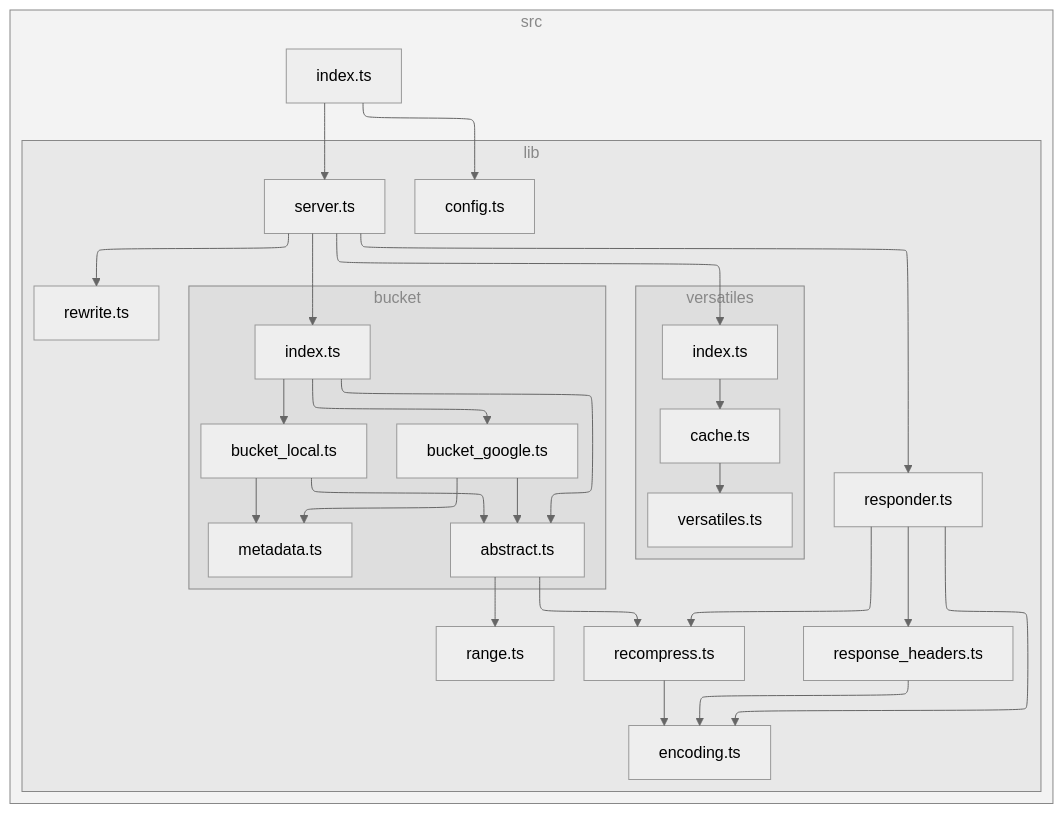
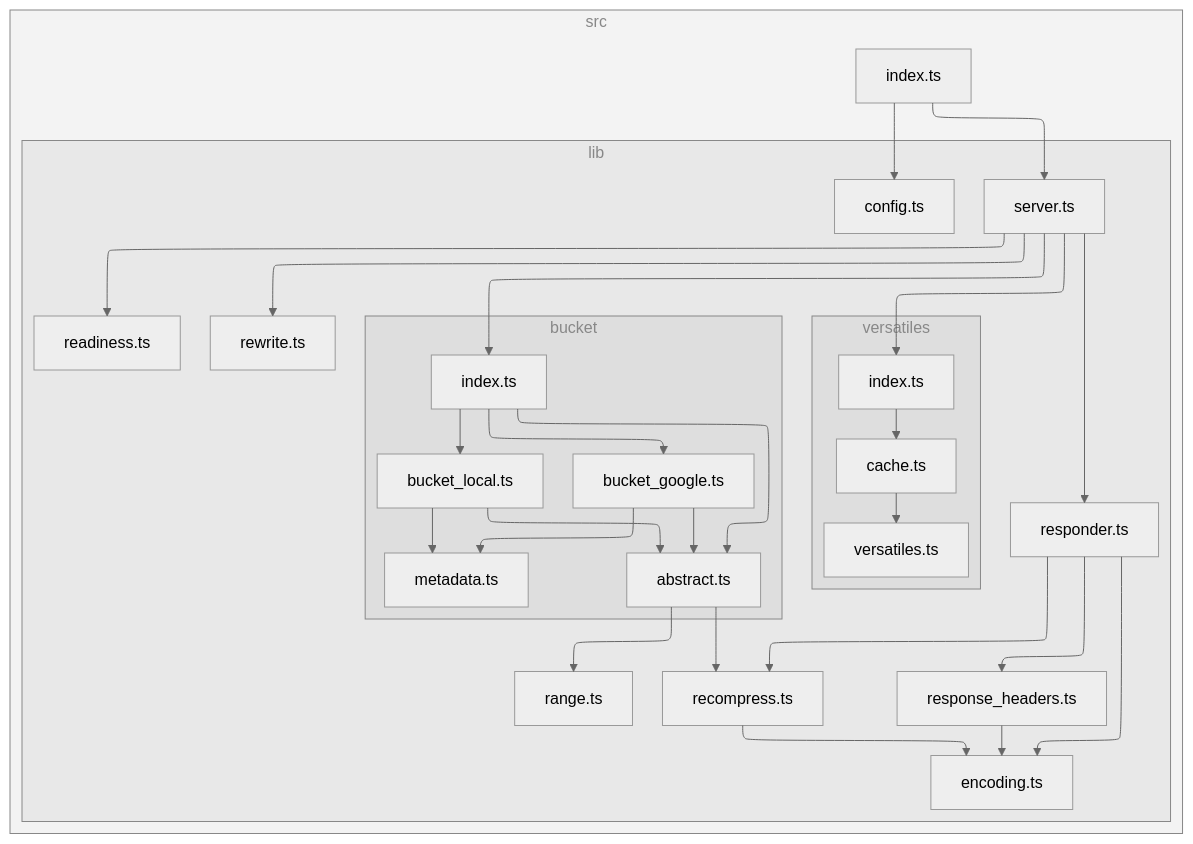
Before and after one commit to versatiles-org/node-versatiles-google-cloud: the diagram in README.md, drawn with Mermaid (neutral theme). The commit also changed 2 other files, not shown here.

Commit message:
feat: add readiness check endpoint to server and implement ReadinessCheck class

````diff
--- a/README.md
+++ b/README.md
@@ -361,58 +361,60 @@
 ```mermaid
 ---
 config:
   layout: elk
 ---
 flowchart TB
 
 subgraph 0["src"]
 1["index.ts"]
 subgraph 2["lib"]
 3["config.ts"]
 4["server.ts"]
 subgraph 5["bucket"]
 6["index.ts"]
 7["abstract.ts"]
 B["bucket_google.ts"]
 C["metadata.ts"]
 D["bucket_local.ts"]
 end
 8["range.ts"]
 9["recompress.ts"]
 A["encoding.ts"]
-E["responder.ts"]
-F["response_headers.ts"]
-G["rewrite.ts"]
-subgraph H["versatiles"]
-I["index.ts"]
-J["cache.ts"]
-K["versatiles.ts"]
+E["readiness.ts"]
+F["responder.ts"]
+G["response_headers.ts"]
+H["rewrite.ts"]
+subgraph I["versatiles"]
+J["index.ts"]
+K["cache.ts"]
+L["versatiles.ts"]
 end
 end
 end
 1-->3
 1-->4
 4-->6
 4-->E
-4-->G
-4-->I
+4-->F
+4-->H
+4-->J
 6-->7
 6-->B
 6-->D
 7-->8
 7-->9
 9-->A
 B-->7
 B-->C
 D-->7
 D-->C
-E-->A
-E-->9
-E-->F
 F-->A
-I-->J
+F-->9
+F-->G
+G-->A
 J-->K
+K-->L
 
-class 0,2,5,H subgraphs;
+class 0,2,5,I subgraphs;
 classDef subgraphs fill-opacity:0.1, fill:#888, color:#888, stroke:#888;
 ```
````
